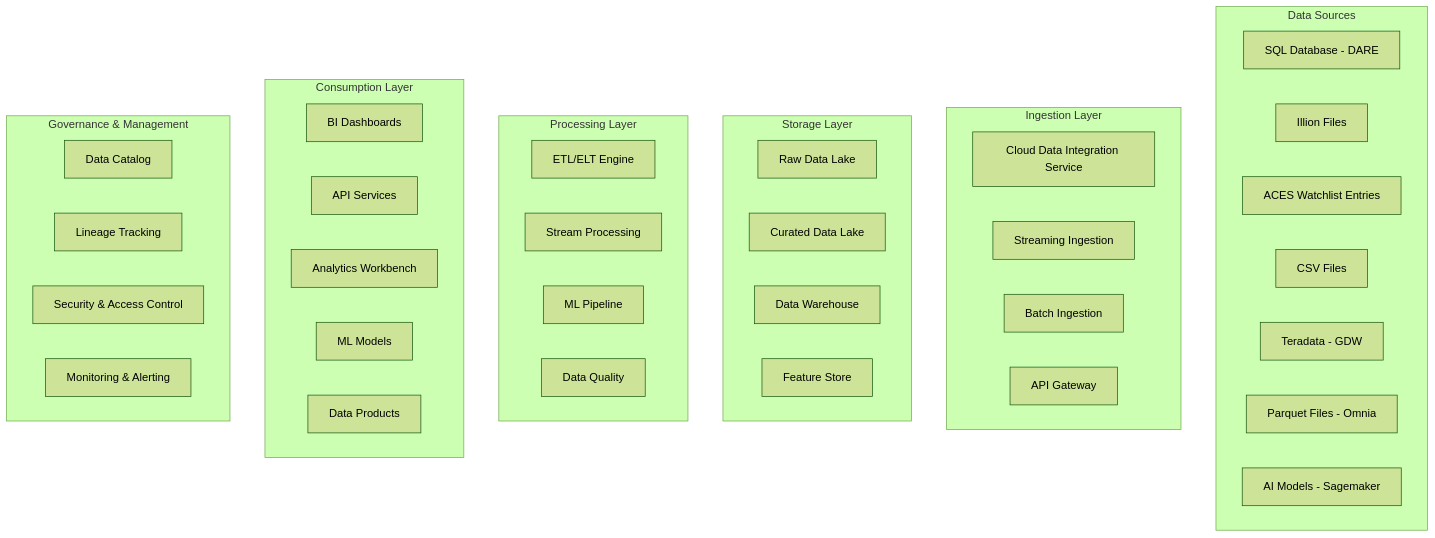
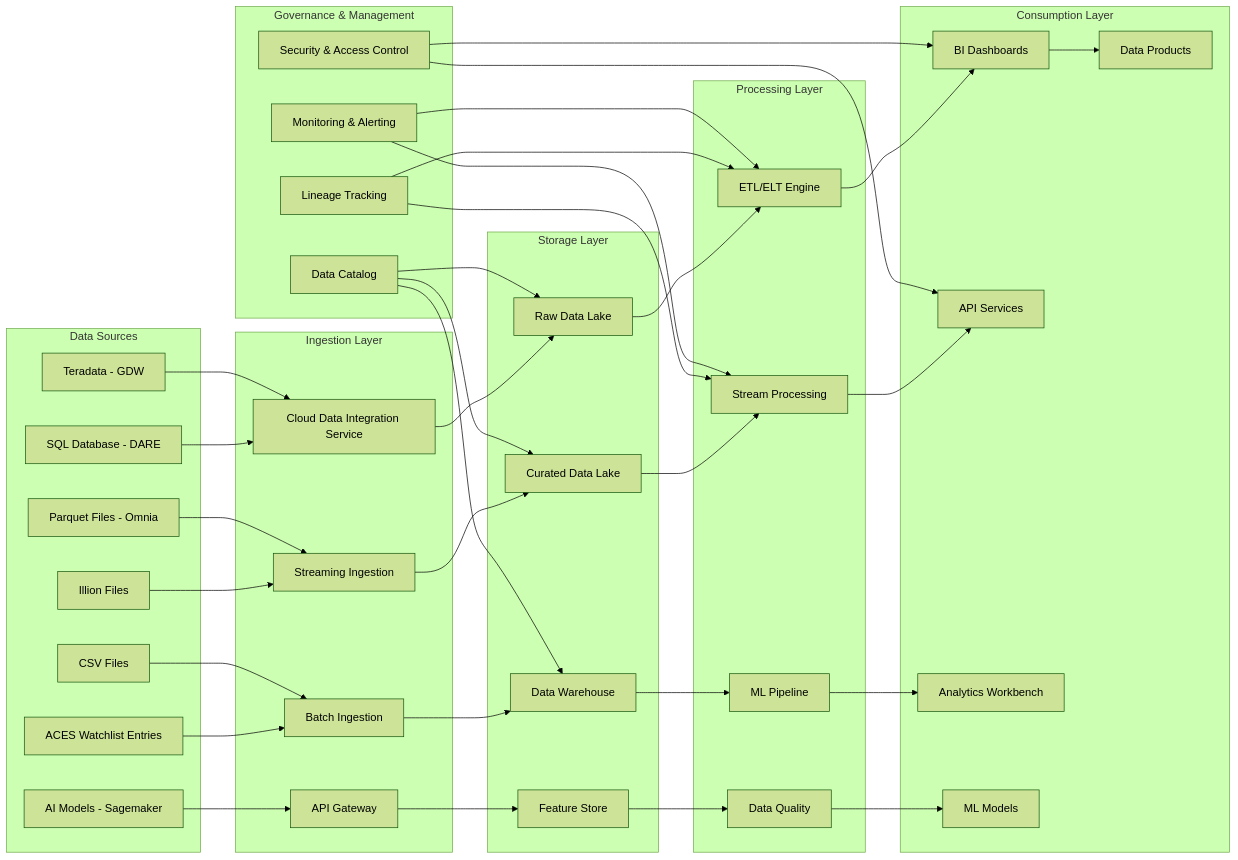
One commit to sfc-gh-mhindi/REPO_CBA changed the second of 2 diagrams in 15-BB-QPD Future State/Gem_Outline.md. Above: the diagram before and after it, drawn with Mermaid (forest theme). The commit also changed other lines of this file, not shown here.

````diff
--- a/15-BB-QPD Future State/Gem_Outline.md
+++ b/15-BB-QPD Future State/Gem_Outline.md
@@ -222,48 +205,82 @@
 ```mermaid
-graph TB
+graph LR
     subgraph "Data Sources"
         A1[SQL Database - DARE]
         A2[Illion Files]
         A3[ACES Watchlist Entries]
         A4[CSV Files]
         A5[Teradata - GDW]
         A6[Parquet Files - Omnia]
         A7[AI Models - Sagemaker]
     end
     
     subgraph "Ingestion Layer"
         B1[Cloud Data Integration Service]
         B2[Streaming Ingestion]
         B3[Batch Ingestion]
         B4[API Gateway]
     end
     
     subgraph "Storage Layer"
         C1[Raw Data Lake]
         C2[Curated Data Lake]
         C3[Data Warehouse]
         C4[Feature Store]
     end
     
     subgraph "Processing Layer"
         D1[ETL/ELT Engine]
         D2[Stream Processing]
         D3[ML Pipeline]
         D4[Data Quality]
     end
     
     subgraph "Consumption Layer"
         E1[BI Dashboards]
         E2[API Services]
         E3[Analytics Workbench]
         E4[ML Models]
         E5[Data Products]
     end
     
     subgraph "Governance & Management"
         F1[Data Catalog]
         F2[Lineage Tracking]
         F3[Security & Access Control]
         F4[Monitoring & Alerting]
     end
+    
+    A1 --> B1
+    A2 --> B2
+    A3 --> B3
+    A4 --> B3
+    A5 --> B1
+    A6 --> B2
+    A7 --> B4
+    
+    B1 --> C1
+    B2 --> C2
+    B3 --> C3
+    B4 --> C4
+    
+    C1 --> D1
+    C2 --> D2
+    C3 --> D3
+    C4 --> D4
+    
+    D1 --> E1
+    D2 --> E2
+    D3 --> E3
+    D4 --> E4
+    E1 --> E5
+    
+    F1 --> C1
+    F1 --> C2
+    F1 --> C3
+    F2 --> D1
+    F2 --> D2
+    F3 --> E1
+    F3 --> E2
+    F4 --> D1
+    F4 --> D2
 ```
````
